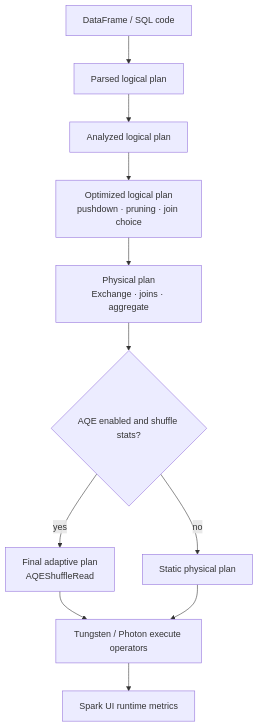
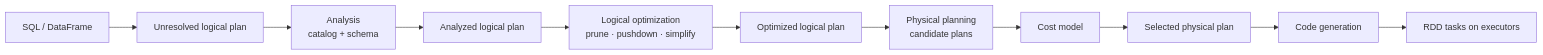
The diagram in Spark/lessons/14-catalyst-tungsten-plans/lesson.md (Sourav692/databricks_learning), drawn with Mermaid before and after one commit. The commit also changed other lines of this file and 3 other files, not shown here.

````diff
--- a/Spark/lessons/14-catalyst-tungsten-plans/lesson.md
+++ b/Spark/lessons/14-catalyst-tungsten-plans/lesson.md
@@ -177,13 +273,13 @@
 ```mermaid
-flowchart TD
-  A[DataFrame / SQL code] --> B[Parsed logical plan]
-  B --> C[Analyzed logical plan]
-  C --> D[Optimized logical plan<br/>pushdown · pruning · join choice]
-  D --> E[Physical plan<br/>Exchange · joins · aggregate]
-  E --> F{AQE enabled and shuffle stats?}
-  F -->|yes| G[Final adaptive plan<br/>AQEShuffleRead]
-  F -->|no| H[Static physical plan]
-  G --> I[Tungsten / Photon execute operators]
-  H --> I
-  I --> J[Spark UI runtime metrics]
+flowchart LR
+  A[SQL / DataFrame] --> B[Unresolved logical plan]
+  B --> C[Analysis<br/>catalog + schema]
+  C --> D[Analyzed logical plan]
+  D --> E[Logical optimization<br/>prune · pushdown · simplify]
+  E --> F[Optimized logical plan]
+  F --> G[Physical planning<br/>candidate plans]
+  G --> H[Cost model]
+  H --> I[Selected physical plan]
+  I --> J[Code generation]
+  J --> K[RDD tasks on executors]
 ```
````
